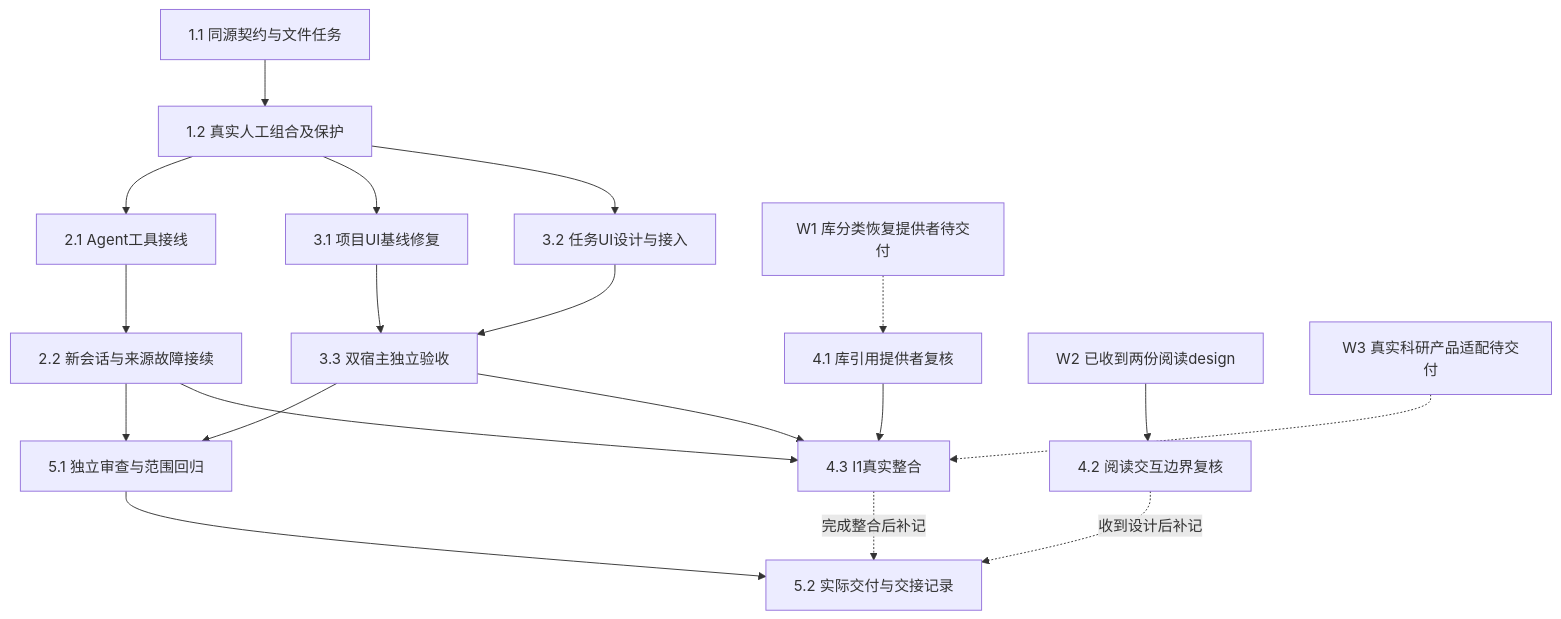
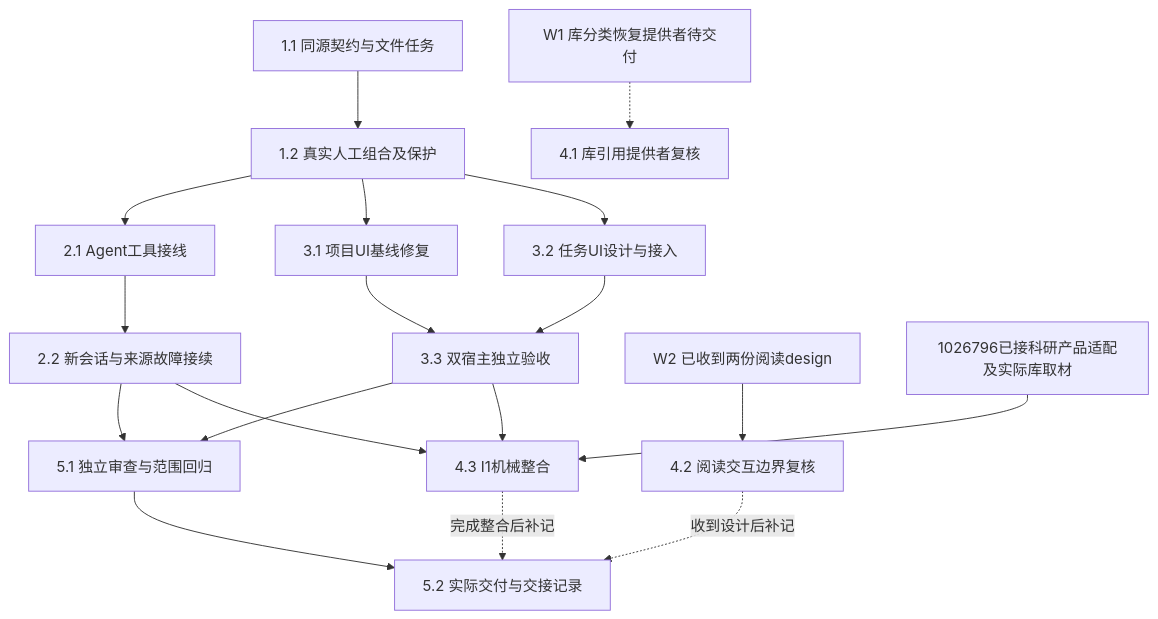
One commit to leike0813/Scholoom changed the diagram in openspec/changes/establish-file-backed-research-tasks/tasks.md. Above: the diagram before and after it, drawn with Mermaid. The commit also changed other lines of this file and 19 other files, not shown here.

````diff
--- a/openspec/changes/establish-file-backed-research-tasks/tasks.md
+++ b/openspec/changes/establish-file-backed-research-tasks/tasks.md
@@ -5,21 +5,20 @@
 ```mermaid
 flowchart TD
   A[1.1 同源契约与文件任务] --> B[1.2 真实人工组合及保护]
   B --> C[2.1 Agent工具接线]
   C --> D[2.2 新会话与来源故障接续]
   B --> E[3.1 项目UI基线修复]
   B --> F[3.2 任务UI设计与接入]
   E --> G[3.3 双宿主独立验收]
   F --> G
   D --> H[5.1 独立审查与范围回归]
   G --> H
   W1[W1 库分类恢复提供者待交付] -.-> I[4.1 库引用提供者复核]
   W2[W2 已收到两份阅读design] --> J[4.2 阅读交互边界复核]
-  W3[W3 真实科研产品适配待交付] -.-> K[4.3 I1真实整合]
-  I --> K
+  W3[1026796已接科研产品适配及实际库取材] --> K[4.3 I1机械整合]
   D --> K
   G --> K
   H --> L[5.2 实际交付与交接记录]
   J -. 收到设计后补记 .-> L
   K -. 完成整合后补记 .-> L
 ```
````
